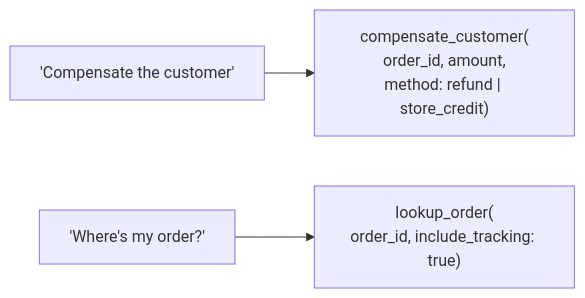
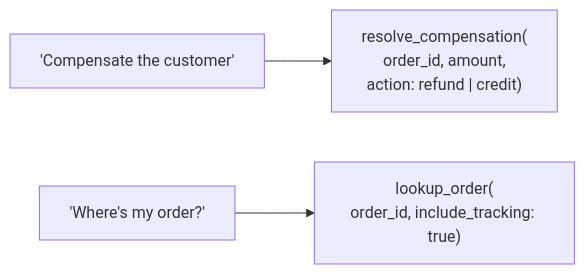
The second of 2 diagrams in questions/Q47-merge-overlapping-tools/question.md (minmus/cca-f), drawn with Mermaid before and after one commit. The commit also changed other lines of this file, not shown here.

````diff
--- a/questions/Q47-merge-overlapping-tools/question.md
+++ b/questions/Q47-merge-overlapping-tools/question.md
@@ -34,5 +36,5 @@
 ```mermaid
 flowchart LR
-    R1["'Compensate the customer'"] --> T1["compensate_customer(<br/>order_id, amount,<br/>method: refund | store_credit)"]
+    R1["'Compensate the customer'"] --> T1["resolve_compensation(<br/>order_id, amount,<br/>action: refund | credit)"]
     R2["'Where's my order?'"] --> T2["lookup_order(<br/>order_id, include_tracking: true)"]
 ```
````
